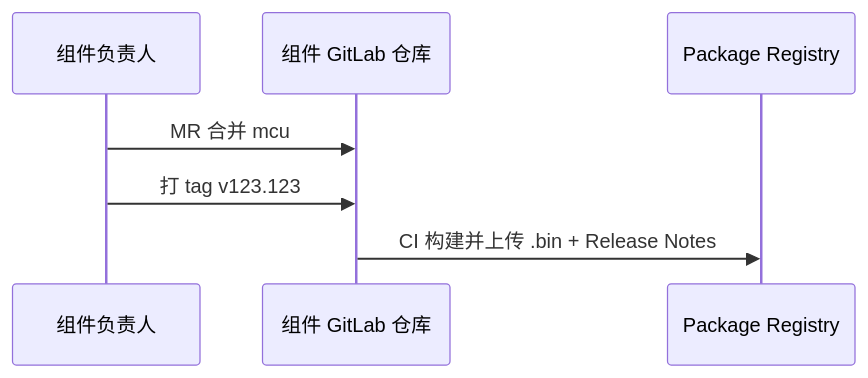
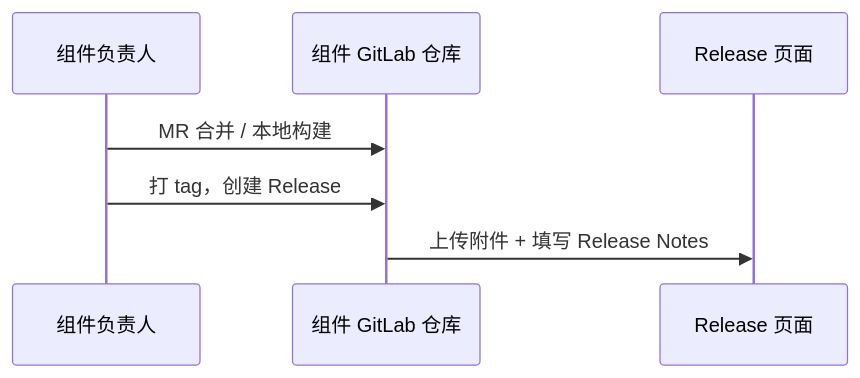
One commit to elmagnificogi/elmagnificogi.github.io changed the first of 2 diagrams in _posts/2026-05-19-Gitlab-Artifacts.md. Above: the diagram before and after it, drawn with Mermaid. The commit also changed other lines of this file, not shown here.

````diff
--- a/_posts/2026-05-19-Gitlab-Artifacts.md
+++ b/_posts/2026-05-19-Gitlab-Artifacts.md
@@ -36,10 +36,10 @@
 ```mermaid
 sequenceDiagram
   participant Dev as 组件负责人
   participant Repo as 组件 GitLab 仓库
-  participant PKG as Package Registry
+  participant REL as Release 页面
 
-  Dev->>Repo: MR 合并 mcu
-  Dev->>Repo: 打 tag v123.123
-  Repo->>PKG: CI 构建并上传 .bin + Release Notes
+  Dev->>Repo: MR 合并 / 本地构建
+  Dev->>Repo: 打 tag，创建 Release
+  Repo->>REL: 上传附件 + 填写 Release Notes
 ```
````
